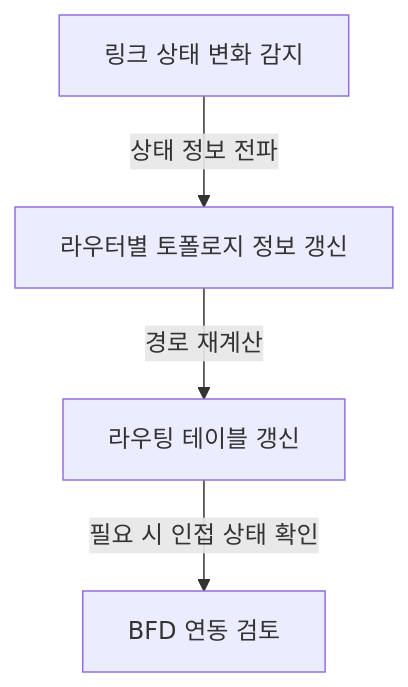
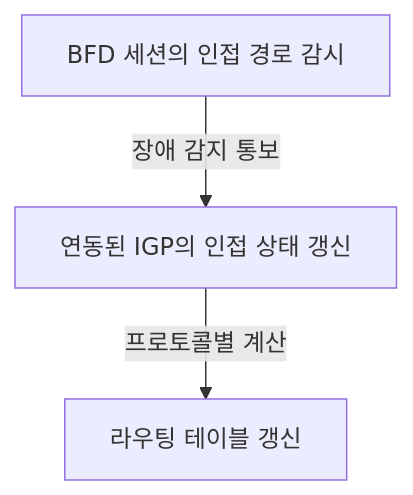
Before and after one commit to agnusdei1207/study: the third of 3 diagrams in src/content/docs/notes/itpe/05-network/044_igp.md, drawn with Mermaid.

Commit message:
Clarify BFD to IGP failure signaling

````diff
--- a/src/content/docs/notes/itpe/05-network/044_igp.md
+++ b/src/content/docs/notes/itpe/05-network/044_igp.md
@@ -114,6 +114,5 @@
 ```mermaid
 flowchart TD
-    CHANGE["링크 상태 변화 감지"] -->|"상태 정보 전파"| DB["라우터별 토폴로지 정보 갱신"]
-    DB -->|"경로 재계산"| ROUTE["라우팅 테이블 갱신"]
-    ROUTE -->|"필요 시 인접 상태 확인"| BFD["BFD 연동 검토"]
+    BFD["BFD 세션의 인접 경로 감시"] -->|"장애 감지 통보"| IGP["연동된 IGP의 인접 상태 갱신"]
+    IGP -->|"프로토콜별 계산"| ROUTE["라우팅 테이블 갱신"]
 ```
````
